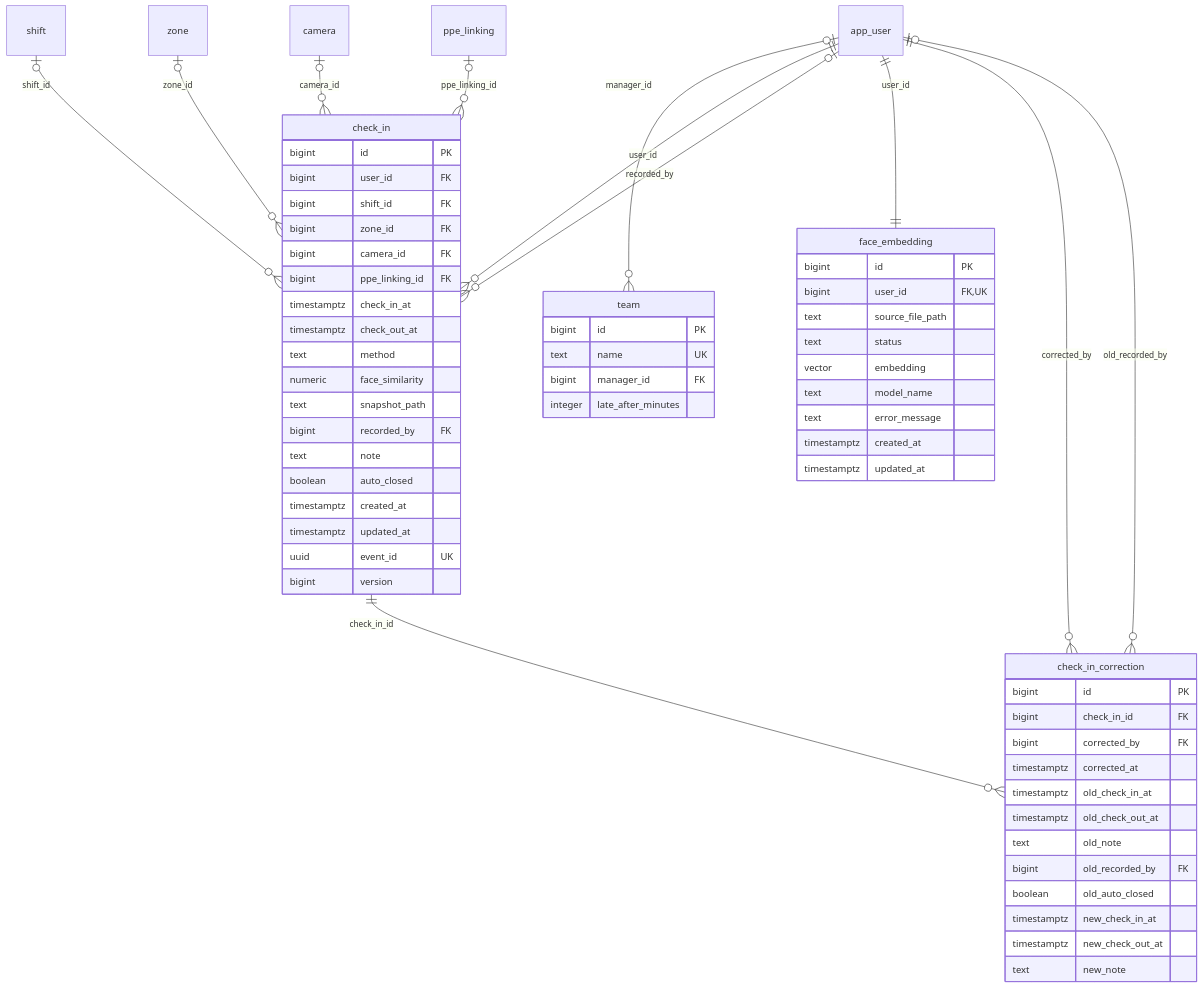
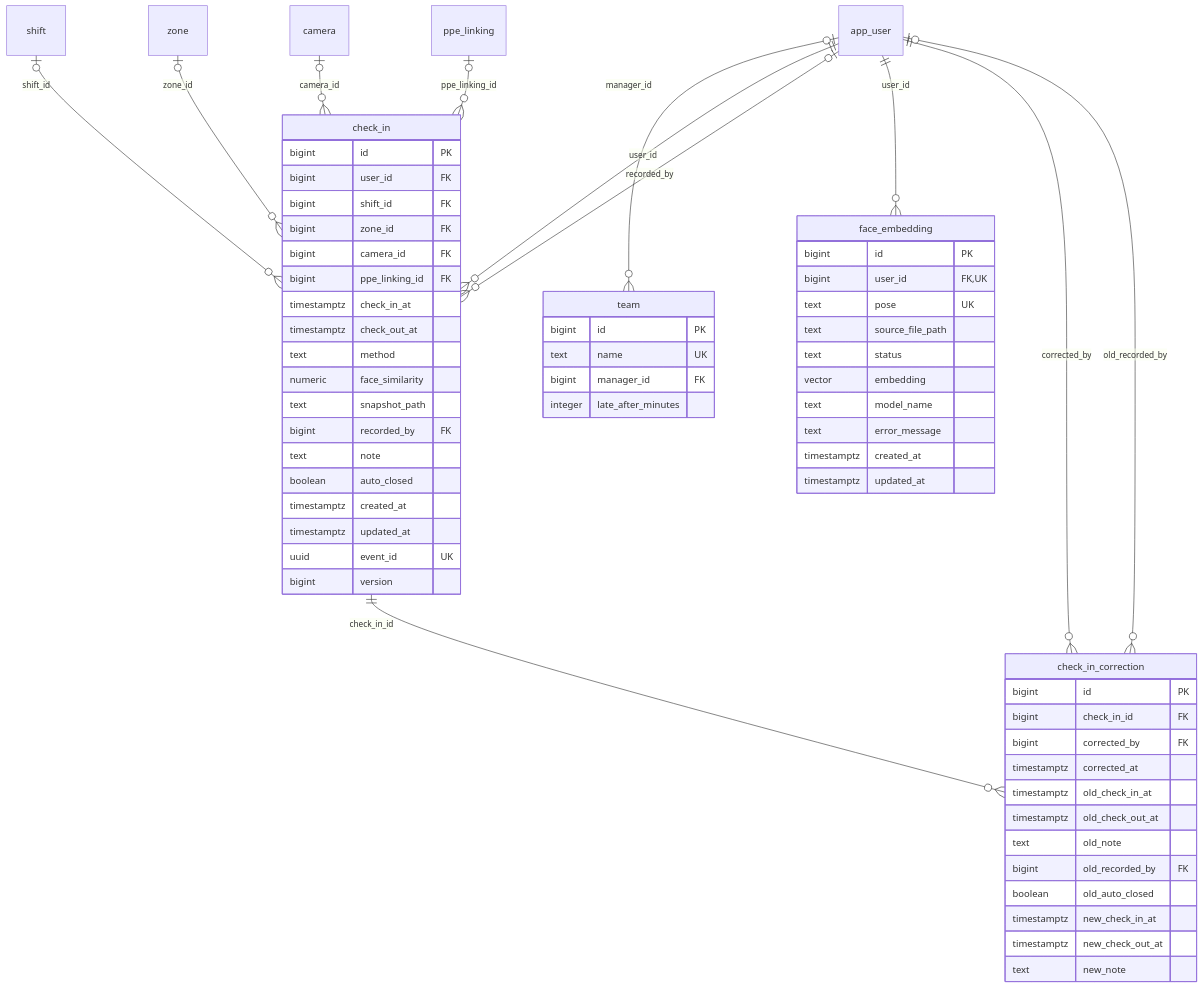
The third of 7 diagrams in docs/database-design.md (OwOchiii/steelsight_erp), drawn with Mermaid before and after one commit. The commit also changed other lines of this file and 50 other files, not shown here.

````diff
--- a/docs/database-design.md
+++ b/docs/database-design.md
@@ -164,65 +164,66 @@
 ```mermaid
 erDiagram
     app_user |o--o{ team : "manager_id"
     app_user ||--o{ check_in : "user_id"
     shift |o--o{ check_in : "shift_id"
     zone |o--o{ check_in : "zone_id"
     camera |o--o{ check_in : "camera_id"
     ppe_linking |o--o{ check_in : "ppe_linking_id"
     app_user |o--o{ check_in : "recorded_by"
-    app_user ||--|| face_embedding : "user_id"
+    app_user ||--o{ face_embedding : "user_id"
     check_in ||--o{ check_in_correction : "check_in_id"
     app_user ||--o{ check_in_correction : "corrected_by"
     app_user |o--o{ check_in_correction : "old_recorded_by"
     team {
         bigint id PK
         text name UK
         bigint manager_id FK
         integer late_after_minutes
     }
     check_in {
         bigint id PK
         bigint user_id FK
         bigint shift_id FK
         bigint zone_id FK
         bigint camera_id FK
         bigint ppe_linking_id FK
         timestamptz check_in_at
         timestamptz check_out_at
         text method
         numeric face_similarity
         text snapshot_path
         bigint recorded_by FK
         text note
         boolean auto_closed
         timestamptz created_at
         timestamptz updated_at
         uuid event_id UK
         bigint version
     }
     face_embedding {
         bigint id PK
         bigint user_id FK,UK
+        text pose UK
         text source_file_path
         text status
         vector embedding
         text model_name
         text error_message
         timestamptz created_at
         timestamptz updated_at
     }
     check_in_correction {
         bigint id PK
         bigint check_in_id FK
         bigint corrected_by FK
         timestamptz corrected_at
         timestamptz old_check_in_at
         timestamptz old_check_out_at
         text old_note
         bigint old_recorded_by FK
         boolean old_auto_closed
         timestamptz new_check_in_at
         timestamptz new_check_out_at
         text new_note
     }
 ```
````
